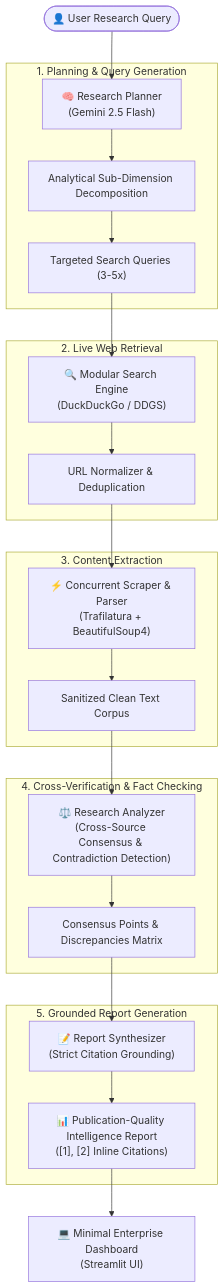
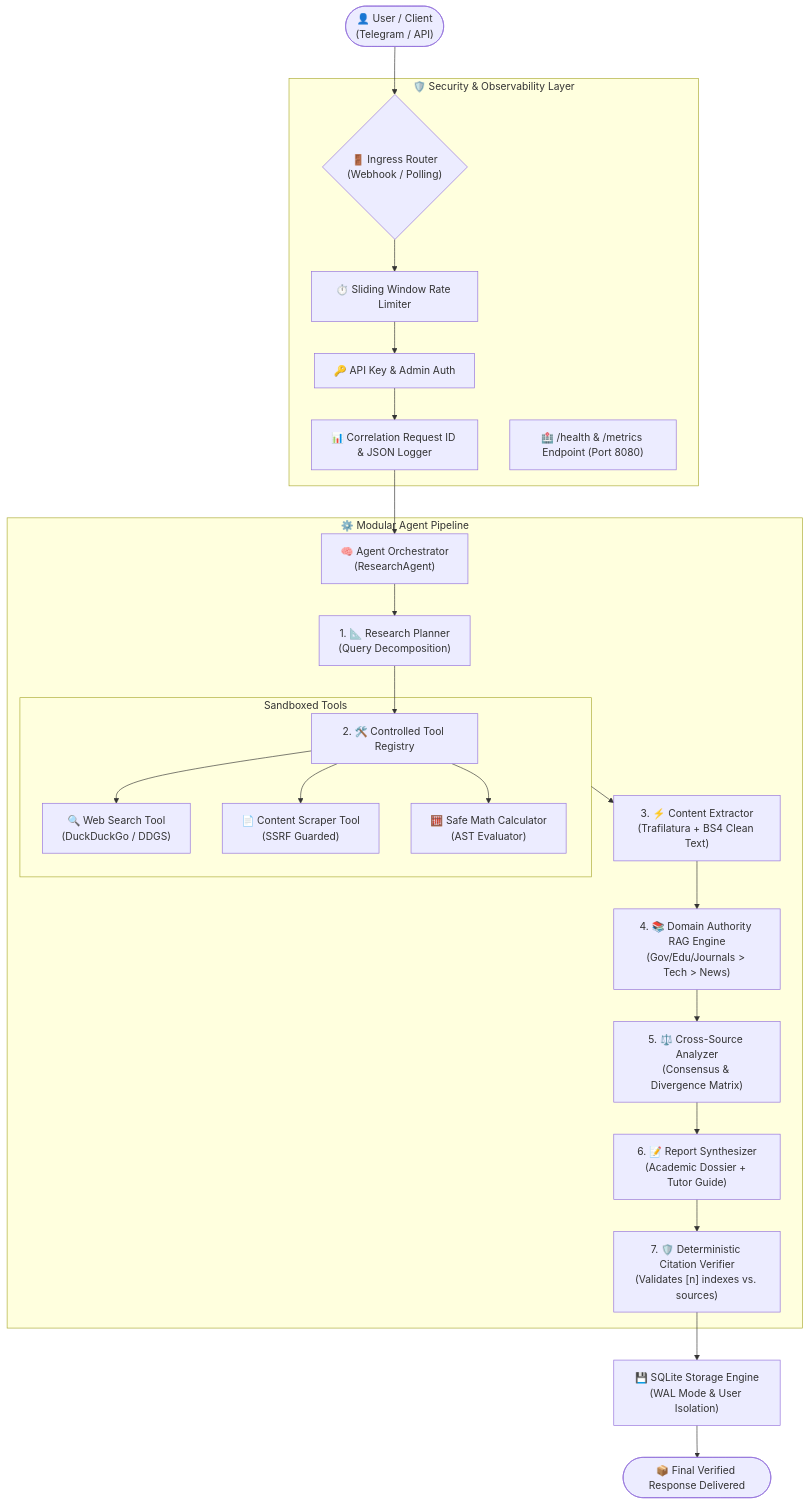
Before and after one commit to mohammedasim10/AI-Research-Agent: the diagram in README.md, drawn with Mermaid. The commit also changed other lines of this file and 36 other files, not shown here.

Commit message:
Finalize AI Research Agent for production portfolio

````diff
--- a/README.md
+++ b/README.md
@@ -22,31 +37,37 @@
 ```mermaid
 flowchart TD
-    UserQuery(["👤 User Research Query"]) --> Planner["🧠 Research Planner\n(Gemini 2.5 Flash)"]
+    User(["👤 User / Client\n(Telegram / API)"]) --> Ingress{"🚪 Ingress Router\n(Webhook / Polling)"}
     
-    subgraph Plan_Phase ["1. Planning & Query Generation"]
-        Planner --> Decomp["Analytical Sub-Dimension Decomposition"]
-        Decomp --> Queries["Targeted Search Queries (3-5x)"]
+    subgraph Observability ["🛡️ Security & Observability Layer"]
+        Ingress --> RateLimit["⏱️ Sliding Window Rate Limiter"]
+        RateLimit --> Auth["🔑 API Key & Admin Auth"]
+        Auth --> Tracing["📊 Correlation Request ID & JSON Logger"]
+        HealthSrv["🏥 /health & /metrics Endpoint (Port 8080)"]
     end
     
-    subgraph Search_Phase ["2. Live Web Retrieval"]
-        Queries --> DDG["🔍 Modular Search Engine\n(DuckDuckGo / DDGS)"]
-        DDG --> Dedupe["URL Normalizer & Deduplication"]
+    Tracing --> Orchestrator["🧠 Agent Orchestrator\n(ResearchAgent)"]
+    
+    subgraph Subsystems ["⚙️ Modular Agent Pipeline"]
+        Orchestrator --> Stage1["1. 📐 Research Planner\n(Query Decomposition)"]
+        
+        Stage1 --> ToolReg["2. 🛠️ Controlled Tool Registry"]
+        subgraph Tools ["Sandboxed Tools"]
+            ToolReg --> ToolSearch["🔍 Web Search Tool\n(DuckDuckGo / DDGS)"]
+            ToolReg --> ToolScrape["📄 Content Scraper Tool\n(SSRF Guarded)"]
+            ToolReg --> ToolCalc["🧮 Safe Math Calculator\n(AST Evaluator)"]
+        end
+        
+        Tools --> Stage3["3. ⚡ Content Extractor\n(Trafilatura + BS4 Clean Text)"]
+        
+        Stage3 --> Stage4["4. 📚 Domain Authority RAG Engine\n(Gov/Edu/Journals > Tech > News)"]
+        
+        Stage4 --> Stage5["5. ⚖️ Cross-Source Analyzer\n(Consensus & Divergence Matrix)"]
+        
+        Stage5 --> Stage6["6. 📝 Report Synthesizer\n(Academic Dossier + Tutor Guide)"]
+        
+        Stage6 --> Stage7["7. 🛡️ Deterministic Citation Verifier\n(Validates [n] indexes vs. sources)"]
     end
     
-    subgraph Extraction_Phase ["3. Content Extraction"]
-        Dedupe --> Scraper["⚡ Concurrent Scraper & Parser\n(Trafilatura + BeautifulSoup4)"]
-        Scraper --> CleanedDocs["Sanitized Clean Text Corpus"]
-    end
-    
-    subgraph Analysis_Phase ["4. Cross-Verification & Fact Checking"]
-        CleanedDocs --> CrossChecker["⚖️ Research Analyzer\n(Cross-Source Consensus & Contradiction Detection)"]
-        CrossChecker --> Matrix["Consensus Points & Discrepancies Matrix"]
-    end
-    
-    subgraph Synthesis_Phase ["5. Grounded Report Generation"]
-        Matrix --> Synthesizer["📝 Report Synthesizer\n(Strict Citation Grounding)"]
-        Synthesizer --> Report["📊 Publication-Quality Intelligence Report\n([1], [2] Inline Citations)"]
-    end
-    
-    Report --> UI["💻 Minimal Enterprise Dashboard\n(Streamlit UI)"]
+    Stage7 --> Storage["💾 SQLite Storage Engine\n(WAL Mode & User Isolation)"]
+    Storage --> Delivery(["📦 Final Verified Response Delivered"])
 ```
````
